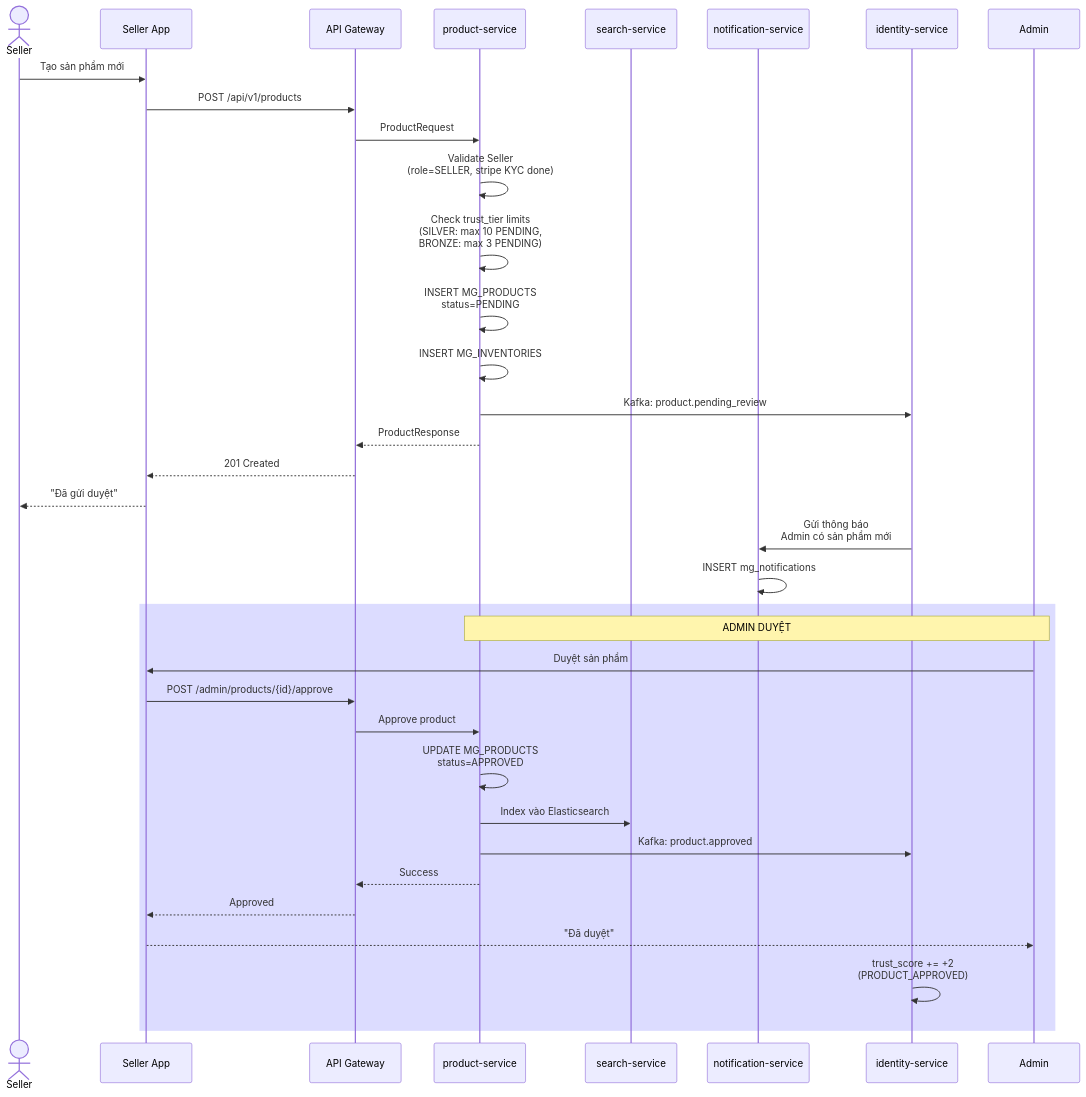
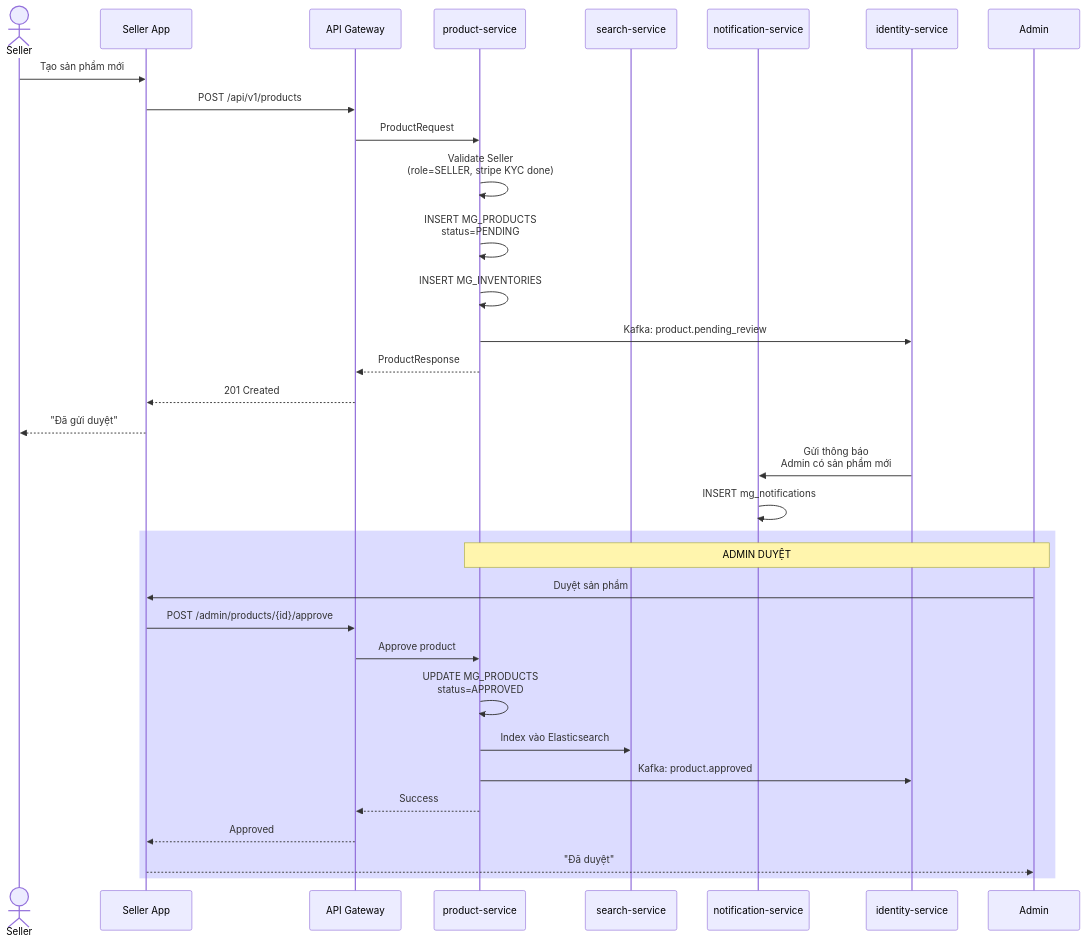
Before and after one commit to ldqanh1408/stealing-from-paradise: the seventh of 18 diagrams in docs/07_BUSINESS_FLOWS.md, drawn with Mermaid. The commit also changed other lines of this file and 52 other files, not shown here.

Commit message:
refactor: remove Trust Score related entities and references from codebase

````diff
--- a/docs/07_BUSINESS_FLOWS.md
+++ b/docs/07_BUSINESS_FLOWS.md
@@ -230,39 +224,37 @@
 ```mermaid
 sequenceDiagram
     actor Seller
     participant FE as Seller App
     participant GW as API Gateway
     participant PRD as product-service
     participant SCH as search-service
     participant NTF as notification-service
     participant IDT as identity-service
 
     Seller->>FE: Tạo sản phẩm mới
     FE->>GW: POST /api/v1/products
     GW->>PRD: ProductRequest
     PRD->>PRD: Validate Seller<br>(role=SELLER, stripe KYC done)
-    PRD->>PRD: Check trust_tier limits<br>(SILVER: max 10 PENDING,<br>BRONZE: max 3 PENDING)
     PRD->>PRD: INSERT MG_PRODUCTS<br>status=PENDING
     PRD->>PRD: INSERT MG_INVENTORIES
     PRD->>IDT: Kafka: product.pending_review
     PRD-->>GW: ProductResponse
     GW-->>FE: 201 Created
     FE-->>Seller: "Đã gửi duyệt"
 
     IDT->>NTF: Gửi thông báo<br>Admin có sản phẩm mới
     NTF->>NTF: INSERT mg_notifications
 
     rect rgb(220, 220, 255)
         Note over Admin,PRD: ADMIN DUYỆT
         Admin->>FE: Duyệt sản phẩm
         FE->>GW: POST /admin/products/{id}/approve
         GW->>PRD: Approve product
         PRD->>PRD: UPDATE MG_PRODUCTS<br>status=APPROVED
         PRD->>SCH: Index vào Elasticsearch
         PRD->>IDT: Kafka: product.approved
         PRD-->>GW: Success
         GW-->>FE: Approved
         FE-->>Admin: "Đã duyệt"
-        IDT->>IDT: trust_score += +2<br>(PRODUCT_APPROVED)
     end
 ```
````
